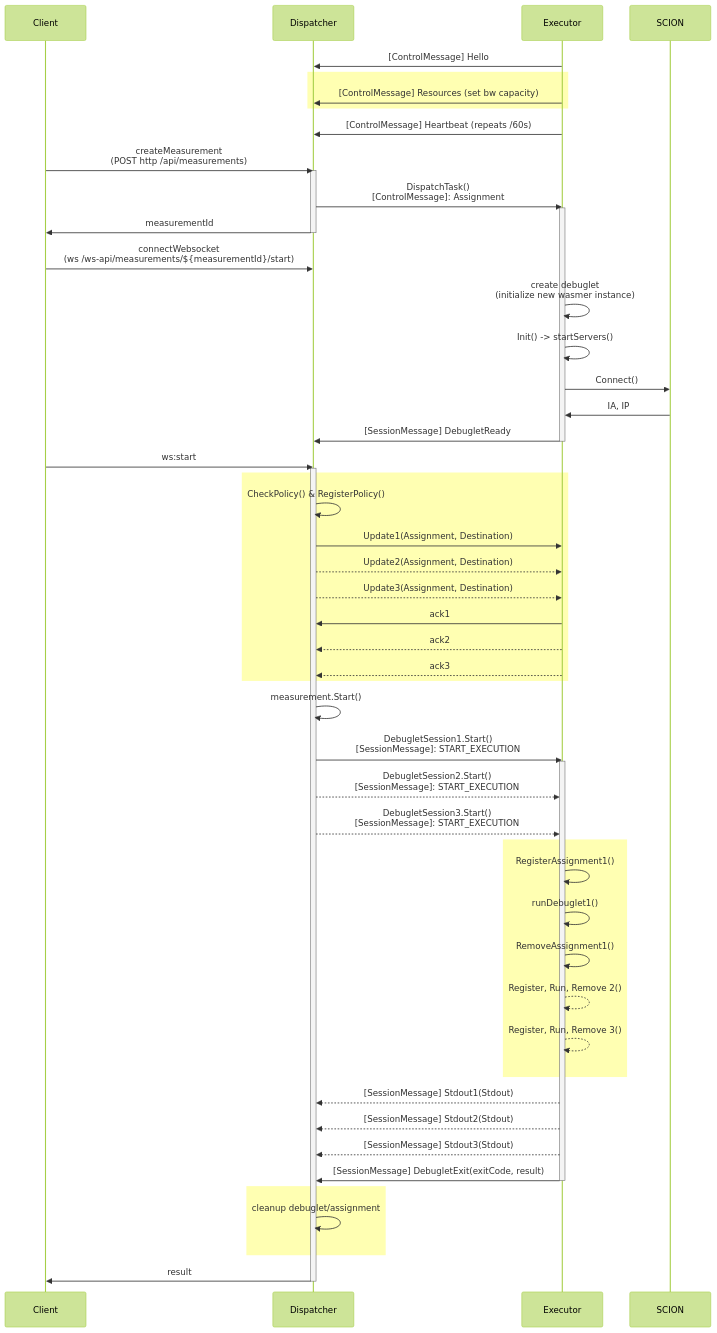
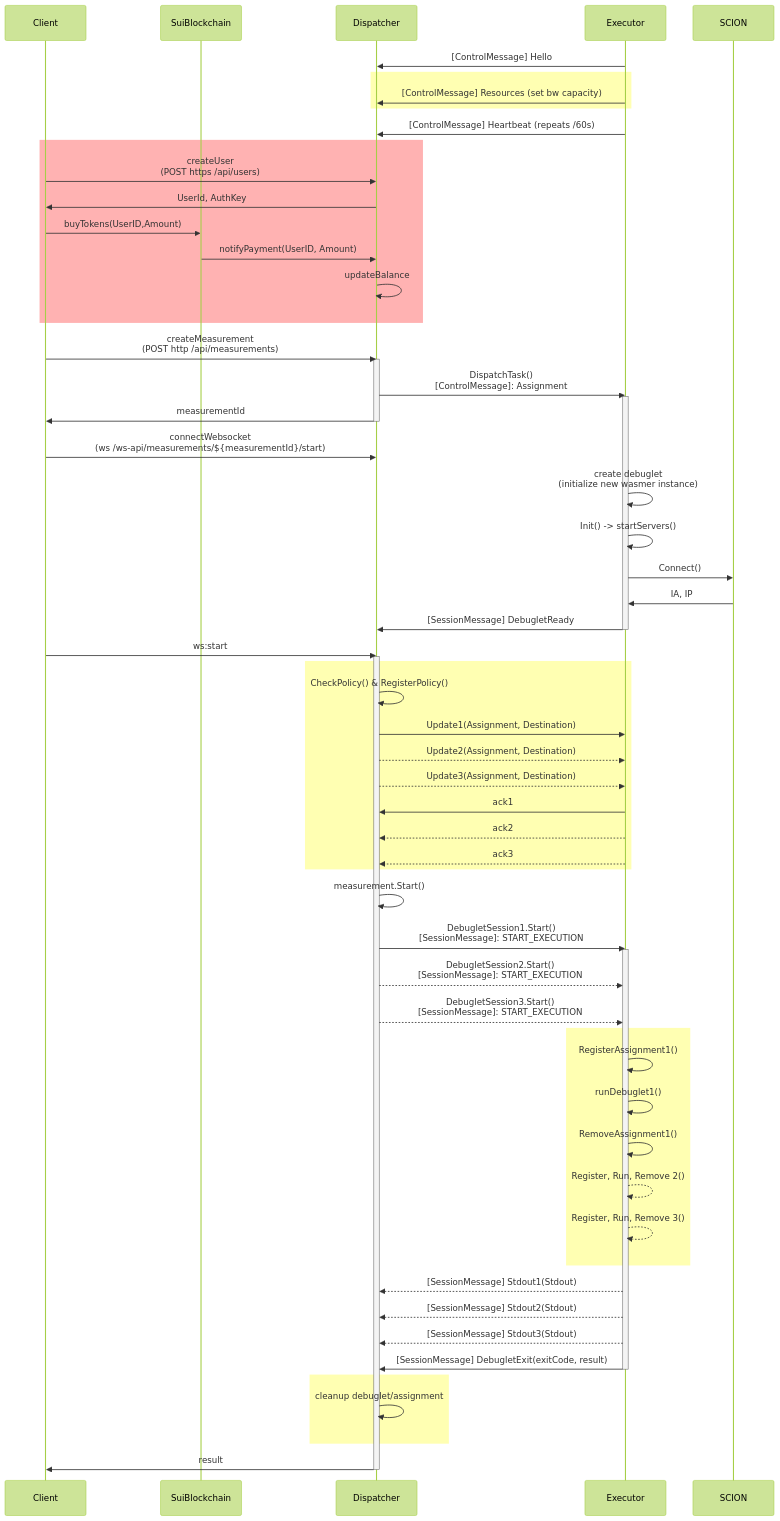
One commit to netsec-ethz/debuglet changed the diagram in README.md. Above: the diagram before and after it, drawn with Mermaid (forest theme).

Commit message:
include payment in flowchart

````diff
--- a/README.md
+++ b/README.md
@@ -105,6 +105,7 @@
 ```mermaid
 sequenceDiagram
     participant Client
+    participant SuiBlockchain
     participant Dispatcher
     participant Executor
     participant SCION
@@ -114,6 +115,15 @@
     Executor->>Dispatcher: [ControlMessage] Resources (set bw capacity)
     end
     Executor->>Dispatcher: [ControlMessage] Heartbeat (repeats /60s)
+    
+    rect rgba(255,0,0,0.3)
+    Client->>Dispatcher: createUser <br/> (POST https /api/users)
+    Dispatcher->>Client: UserId, AuthKey
+
+    Client->>SuiBlockchain: buyTokens(UserID,Amount)
+    SuiBlockchain->>Dispatcher: notifyPayment(UserID, Amount)
+    Dispatcher->>Dispatcher: updateBalance
+    end
 
     Client->>Dispatcher: createMeasurement <br/> (POST http /api/measurements)
     activate Dispatcher
````
